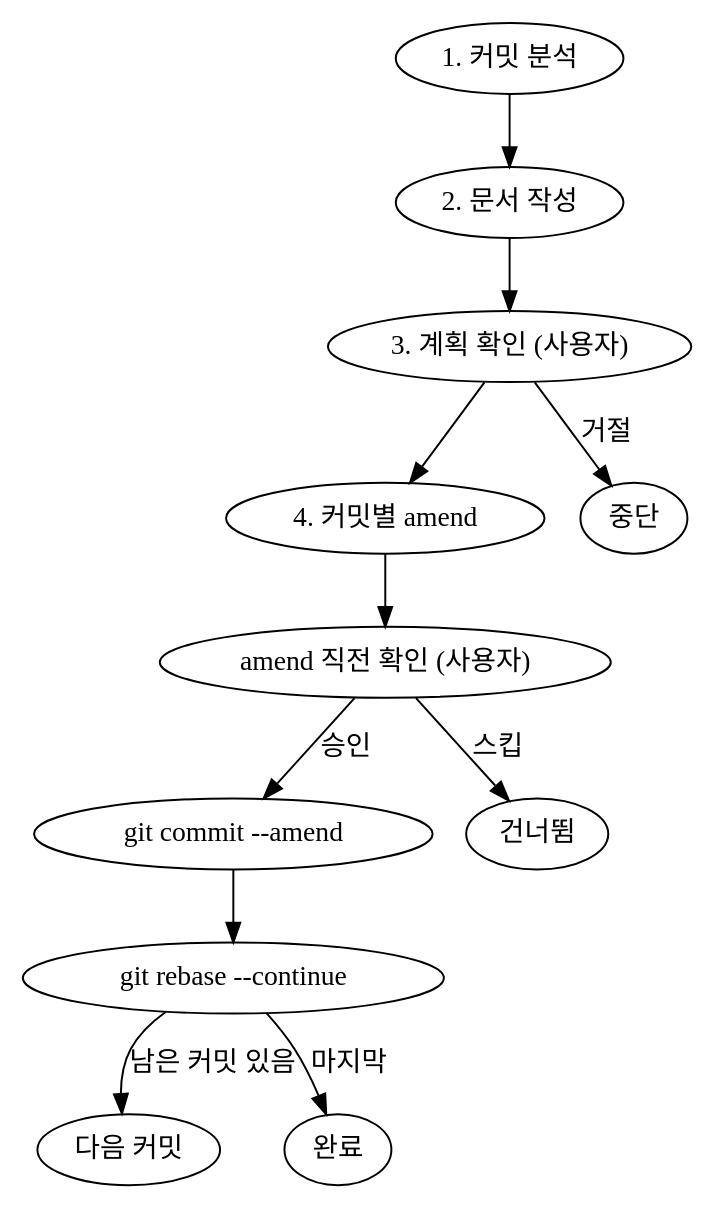
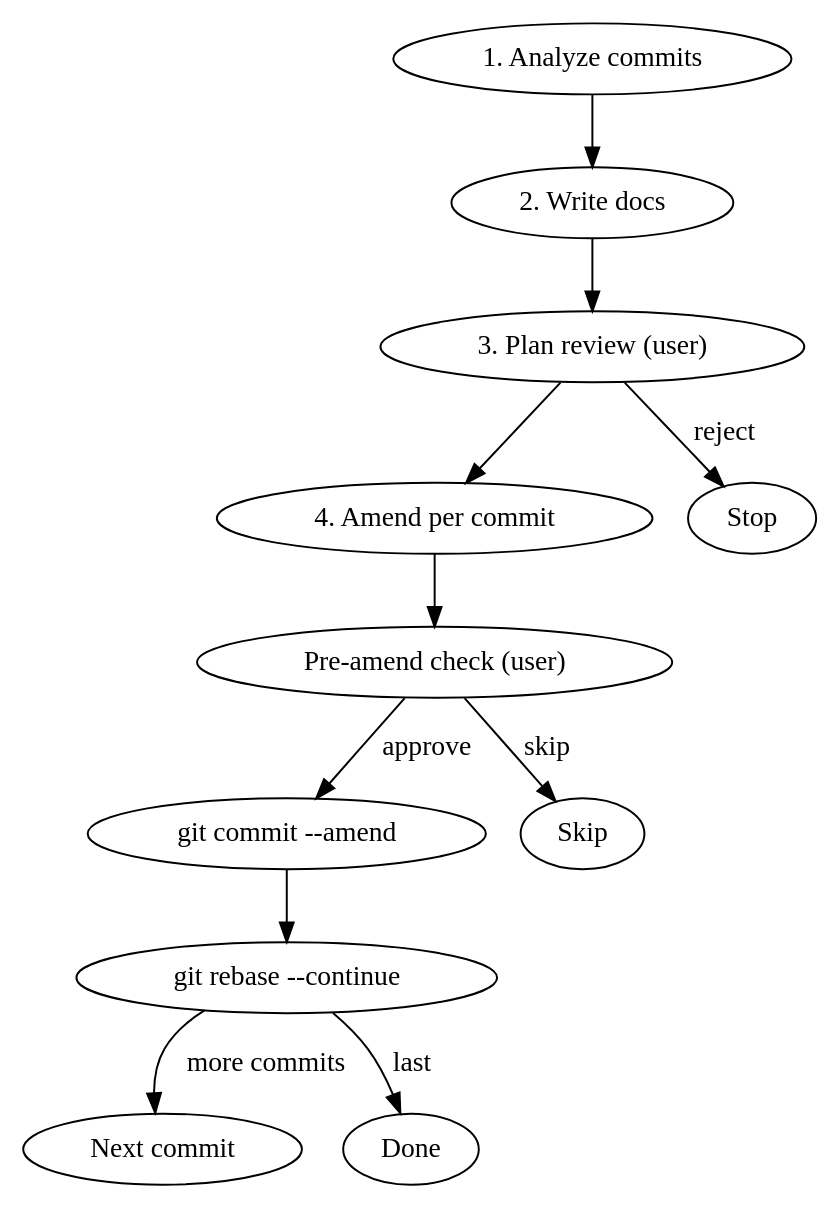
Before and after one commit to vlossom-ui/vlossom: the diagram in .claude/skills/doc-amend/SKILL.md, drawn with Graphviz. The commit also changed other lines of this file, not shown here.

````diff
--- a/.claude/skills/doc-amend/SKILL.md
+++ b/.claude/skills/doc-amend/SKILL.md
@@ -24,14 +24,14 @@
 ```dot
 digraph doc_amend {
-    "1. 커밋 분석" -> "2. 문서 작성";
-    "2. 문서 작성" -> "3. 계획 확인 (사용자)";
-    "3. 계획 확인 (사용자)" -> "4. 커밋별 amend";
-    "3. 계획 확인 (사용자)" -> "중단" [label="거절"];
-    "4. 커밋별 amend" -> "amend 직전 확인 (사용자)";
-    "amend 직전 확인 (사용자)" -> "git commit --amend" [label="승인"];
-    "amend 직전 확인 (사용자)" -> "건너뜀" [label="스킵"];
+    "1. Analyze commits" -> "2. Write docs";
+    "2. Write docs" -> "3. Plan review (user)";
+    "3. Plan review (user)" -> "4. Amend per commit";
+    "3. Plan review (user)" -> "Stop" [label="reject"];
+    "4. Amend per commit" -> "Pre-amend check (user)";
+    "Pre-amend check (user)" -> "git commit --amend" [label="approve"];
+    "Pre-amend check (user)" -> "Skip" [label="skip"];
     "git commit --amend" -> "git rebase --continue";
-    "git rebase --continue" -> "다음 커밋" [label="남은 커밋 있음"];
-    "git rebase --continue" -> "완료" [label="마지막"];
+    "git rebase --continue" -> "Next commit" [label="more commits"];
+    "git rebase --continue" -> "Done" [label="last"];
 }
 ```
````
